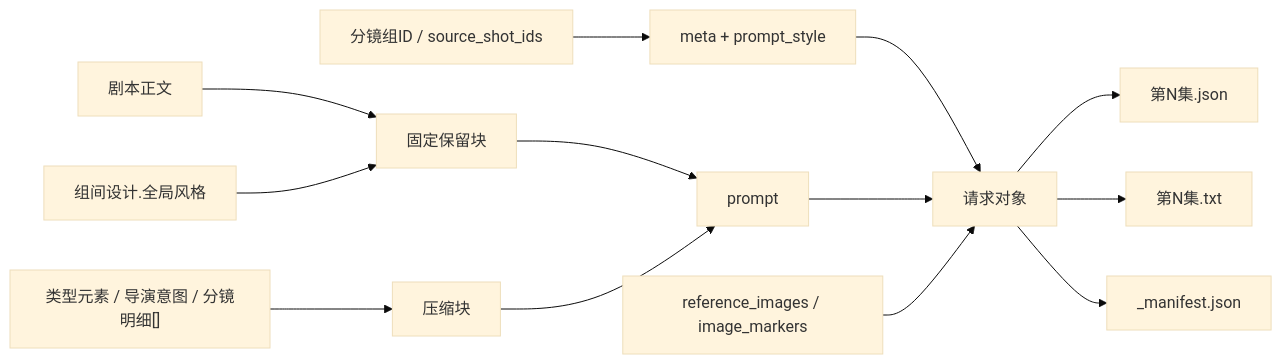
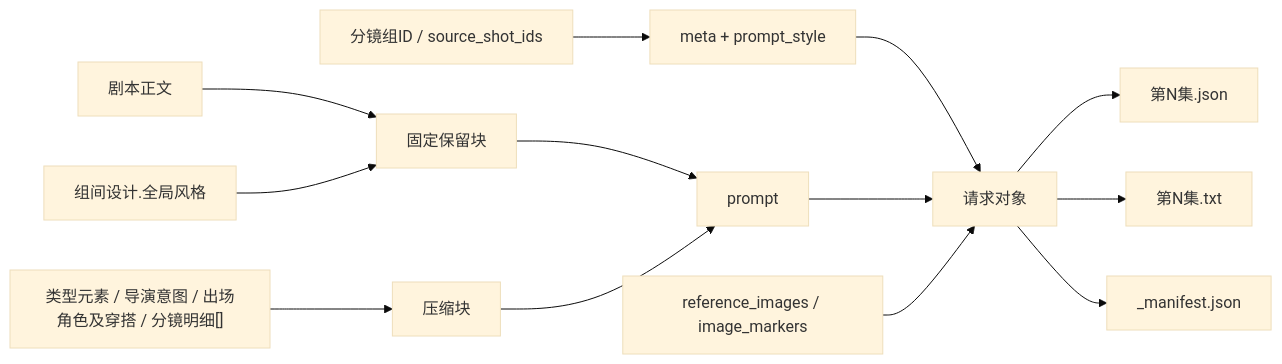
One commit to ZEN-VOID/AI-CUT changed the second of 4 diagrams in .agents/skills/aigc/6-Video/1-提示词蒸馏/全能参照/SKILL.md. Above: the diagram before and after it, drawn with Mermaid (base theme). The commit also changed other lines of this file and 81 other files, not shown here.

````diff
--- a/.agents/skills/aigc/6-Video/1-提示词蒸馏/全能参照/SKILL.md
+++ b/.agents/skills/aigc/6-Video/1-提示词蒸馏/全能参照/SKILL.md
@@ -159,15 +164,15 @@
 ```mermaid
 flowchart LR
     A["剧本正文"] --> D["固定保留块"]
     B["组间设计.全局风格"] --> D
-    C["类型元素 / 导演意图 / 分镜明细[]"] --> E["压缩块"]
+    C["类型元素 / 导演意图 / 出场角色及穿搭 / 分镜明细[]"] --> E["压缩块"]
     D --> F["prompt"]
     E --> F
     G["分镜组ID / source_shot_ids"] --> H["meta + prompt_style"]
     H --> I["请求对象"]
     F --> I
     J["reference_images / image_markers"] --> I
     I --> K["第N集.json"]
     I --> L["第N集.txt"]
     I --> M["_manifest.json"]
 ```
````
